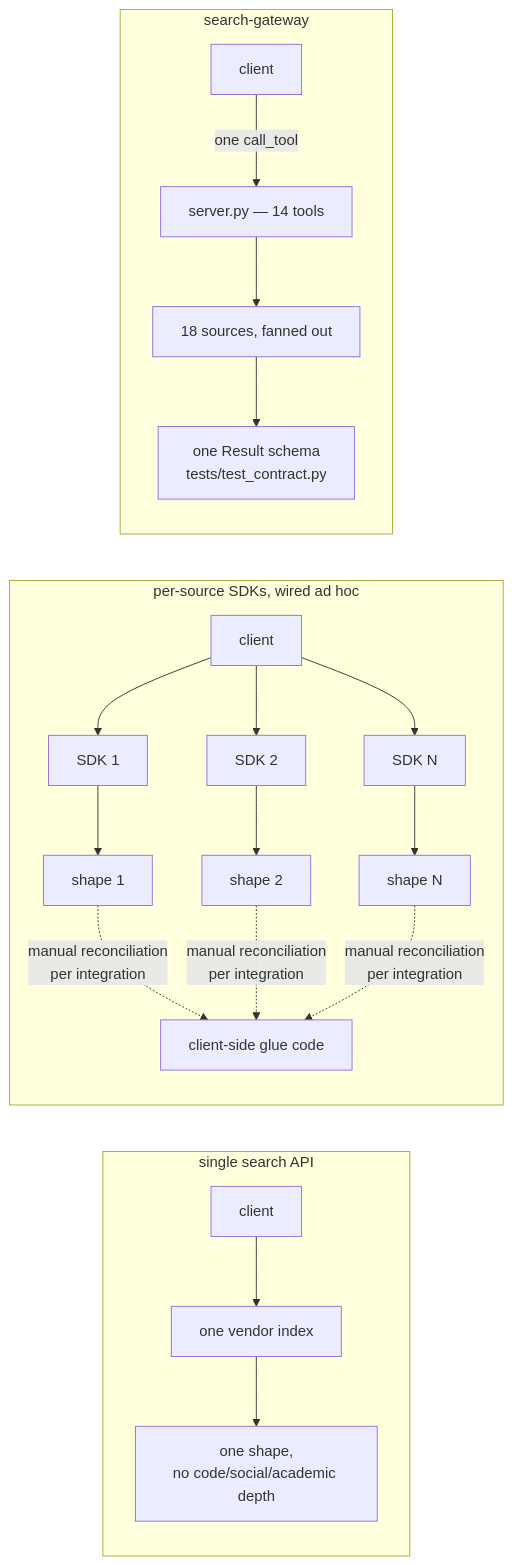
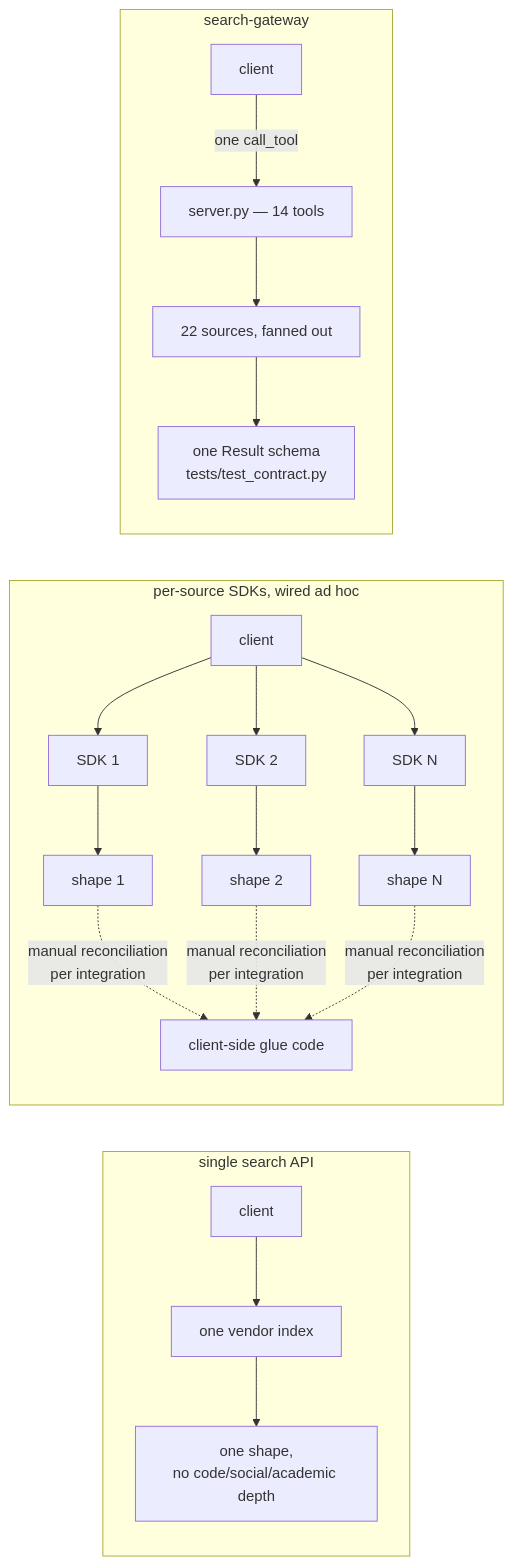
Before and after one commit to kbjama8/search-gateway: the third of 3 diagrams in README.md, drawn with Mermaid. The commit also changed other lines of this file and 47 other files, not shown here.

````diff
--- a/README.md
+++ b/README.md
@@ -155,21 +155,21 @@
 ```mermaid
 flowchart LR
     subgraph A["single search API"]
         A1["client"] --> A2["one vendor index"]
         A2 --> A3["one shape,<br/>no code/social/academic depth"]
     end
 
     subgraph B["per-source SDKs, wired ad hoc"]
         B1["client"] --> B2["SDK 1"] & B3["SDK 2"] & B4["SDK N"]
         B2 --> B5["shape 1"]
         B3 --> B6["shape 2"]
         B4 --> B7["shape N"]
         B5 & B6 & B7 -.->|"manual reconciliation<br/>per integration"| B8["client-side glue code"]
     end
 
     subgraph GW["search-gateway"]
         G1["client"] -->|"one call_tool"| G2["server.py — 14 tools"]
-        G2 --> G3["18 sources, fanned out"]
+        G2 --> G3["22 sources, fanned out"]
         G3 --> G4["one Result schema<br/>tests/test_contract.py"]
     end
 ```
````
